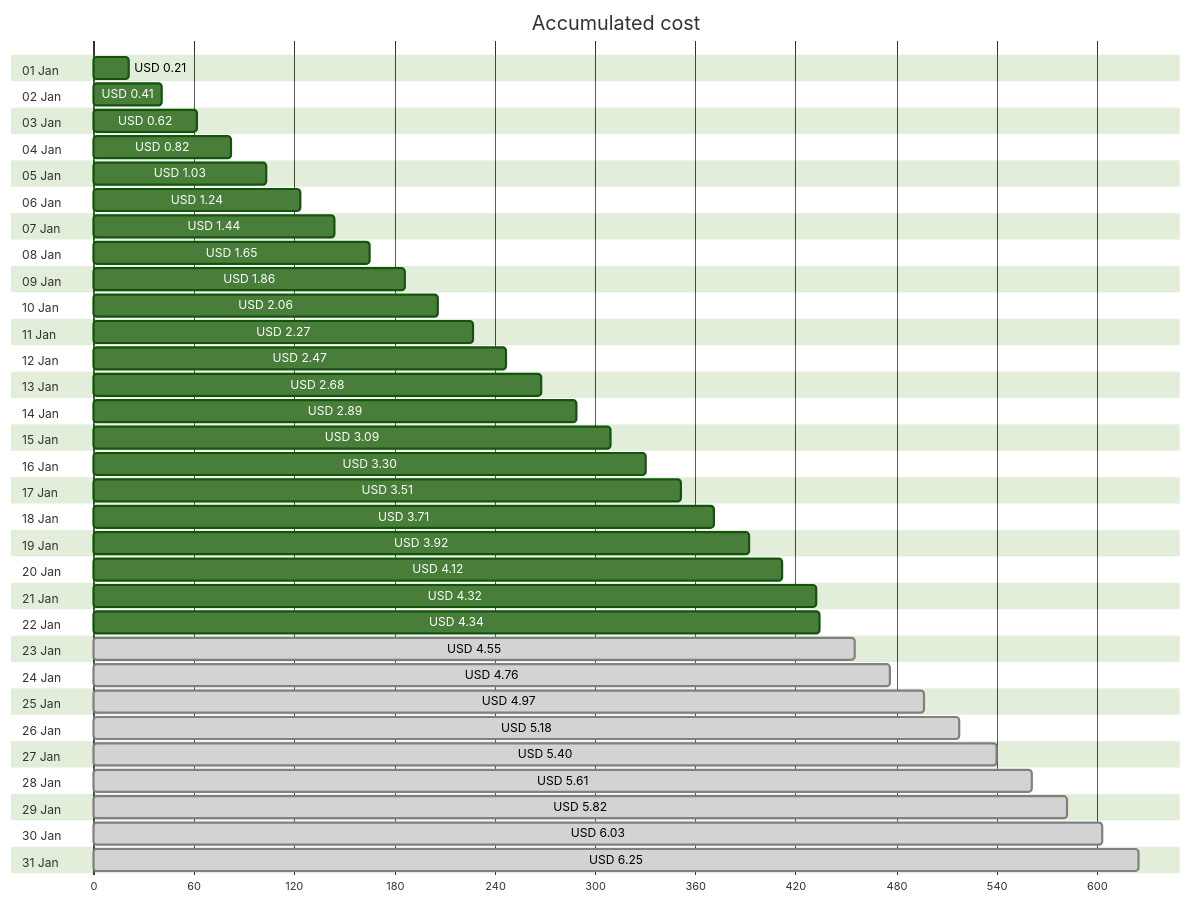
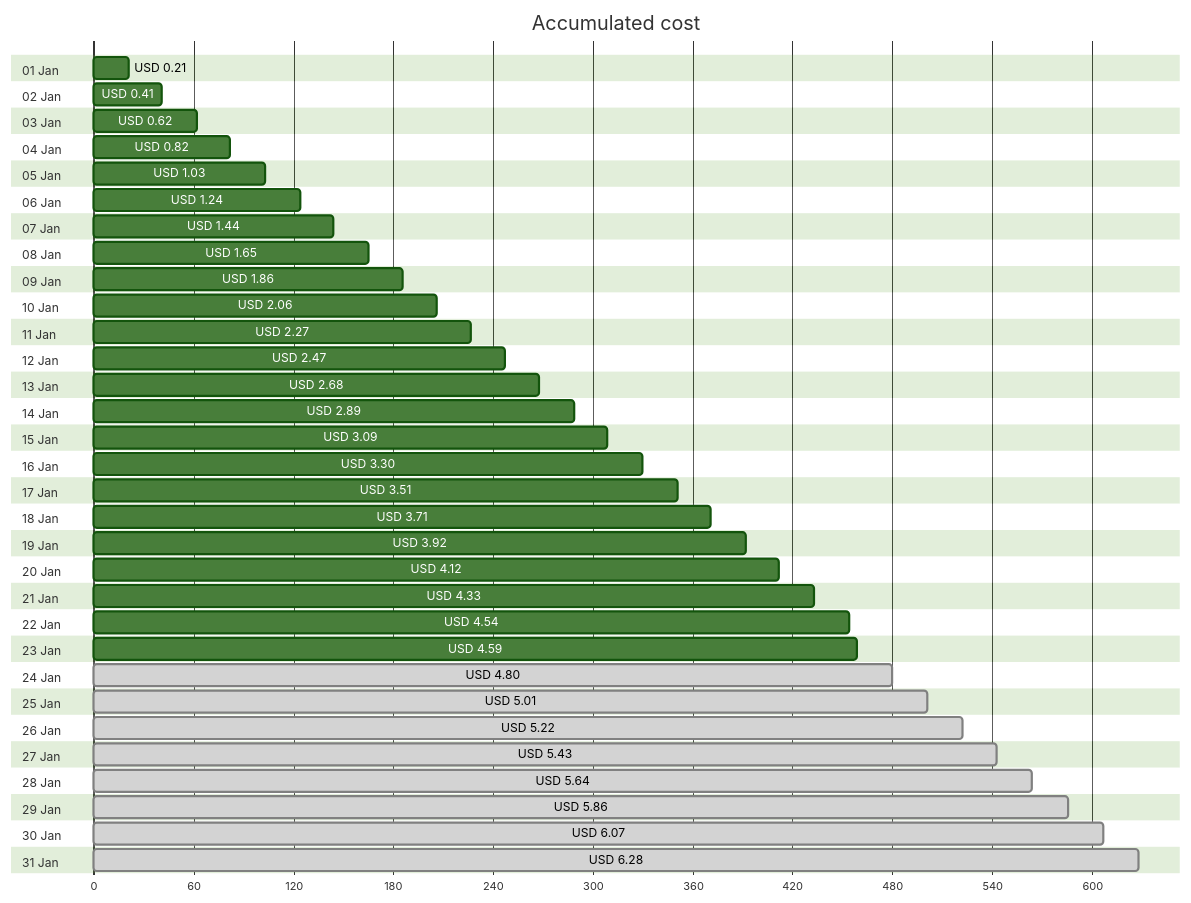
Before and after one commit to jpfulton/azure-personal-reports: the first of 4 diagrams in cost-reports/personal-network/backup-server.md, drawn with Mermaid (forest theme). The commit also changed other lines of this file and 8 other files, not shown here.

````diff
--- a/cost-reports/personal-network/backup-server.md
+++ b/cost-reports/personal-network/backup-server.md
@@ -20,68 +20,68 @@
 ```mermaid
 gantt
    title Accumulated cost
    dateFormat  X
    axisFormat %s
    section 01 Jan
    USD 0.21 :0, 21
    section 02 Jan
    USD 0.41 :0, 41
    section 03 Jan
    USD 0.62 :0, 62
    section 04 Jan
    USD 0.82 :0, 82
    section 05 Jan
    USD 1.03 :0, 103
    section 06 Jan
    USD 1.24 :0, 124
    section 07 Jan
    USD 1.44 :0, 144
    section 08 Jan
    USD 1.65 :0, 165
    section 09 Jan
    USD 1.86 :0, 186
    section 10 Jan
    USD 2.06 :0, 206
    section 11 Jan
    USD 2.27 :0, 227
    section 12 Jan
    USD 2.47 :0, 247
    section 13 Jan
    USD 2.68 :0, 268
    section 14 Jan
    USD 2.89 :0, 289
    section 15 Jan
    USD 3.09 :0, 309
    section 16 Jan
    USD 3.30 :0, 330
    section 17 Jan
    USD 3.51 :0, 351
    section 18 Jan
    USD 3.71 :0, 371
    section 19 Jan
    USD 3.92 :0, 392
    section 20 Jan
    USD 4.12 :0, 412
    section 21 Jan
-   USD 4.32 :0, 432
+   USD 4.33 :0, 433
    section 22 Jan
-   USD 4.34 :0, 434
+   USD 4.54 :0, 454
    section 23 Jan
-   USD 4.55 : done, 0, 455
+   USD 4.59 :0, 459
    section 24 Jan
-   USD 4.76 : done, 0, 476
+   USD 4.80 : done, 0, 480
    section 25 Jan
-   USD 4.97 : done, 0, 497
+   USD 5.01 : done, 0, 501
    section 26 Jan
-   USD 5.18 : done, 0, 518
+   USD 5.22 : done, 0, 522
    section 27 Jan
-   USD 5.40 : done, 0, 540
+   USD 5.43 : done, 0, 543
    section 28 Jan
-   USD 5.61 : done, 0, 561
+   USD 5.64 : done, 0, 564
    section 29 Jan
-   USD 5.82 : done, 0, 582
+   USD 5.86 : done, 0, 586
    section 30 Jan
-   USD 6.03 : done, 0, 603
+   USD 6.07 : done, 0, 607
    section 31 Jan
-   USD 6.25 : done, 0, 625
+   USD 6.28 : done, 0, 628
 ```
````
